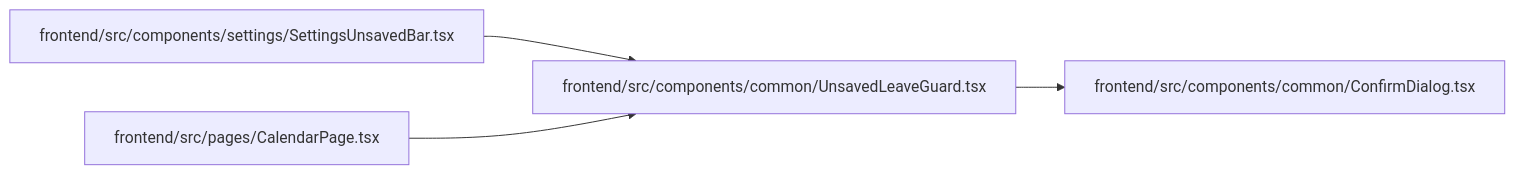
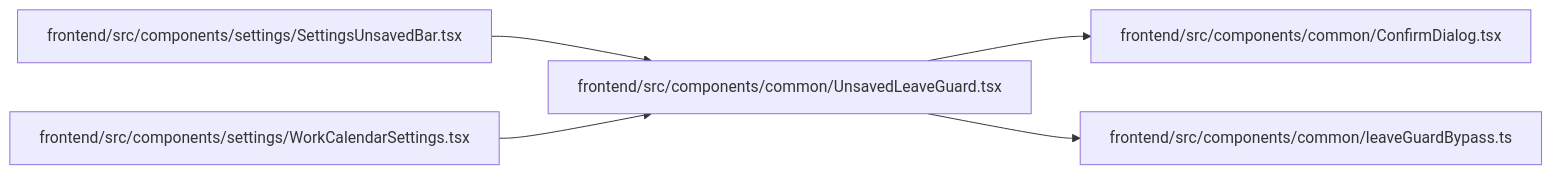
Before and after one commit to Denissvgn/WorkChord: the diagram in docs/llm_wiki/modules/UnsavedLeaveGuard.md, drawn with Mermaid. The commit also changed other lines of this file and 2373 other files, not shown here.

````diff
--- a/docs/llm_wiki/modules/UnsavedLeaveGuard.md
+++ b/docs/llm_wiki/modules/UnsavedLeaveGuard.md
@@ -26,14 +27,17 @@
 ```mermaid
 flowchart LR
     n0["frontend/src/components/common/ConfirmDialog.tsx"]
-    n1["frontend/src/components/common/UnsavedLeaveGuard.tsx"]
-    n2["frontend/src/components/settings/SettingsUnsavedBar.tsx"]
-    n3["frontend/src/pages/CalendarPage.tsx"]
-    n1 --> n0
+    n1["frontend/src/components/common/leaveGuardBypass.ts"]
+    n2["frontend/src/components/common/UnsavedLeaveGuard.tsx"]
+    n3["frontend/src/components/settings/SettingsUnsavedBar.tsx"]
+    n4["frontend/src/components/settings/WorkCalendarSettings.tsx"]
+    n2 --> n0
     n2 --> n1
-    n3 --> n1
+    n3 --> n2
+    n4 --> n2
     click n0 "../modules/ConfirmDialog.md"
-    click n1 "../modules/UnsavedLeaveGuard.md"
-    click n2 "../modules/SettingsUnsavedBar.md"
-    click n3 "../modules/CalendarPage.md"
+    click n1 "../modules/leaveGuardBypass.md"
+    click n2 "../modules/UnsavedLeaveGuard.md"
+    click n3 "../modules/SettingsUnsavedBar.md"
+    click n4 "../modules/WorkCalendarSettings.md"
 ```
````
